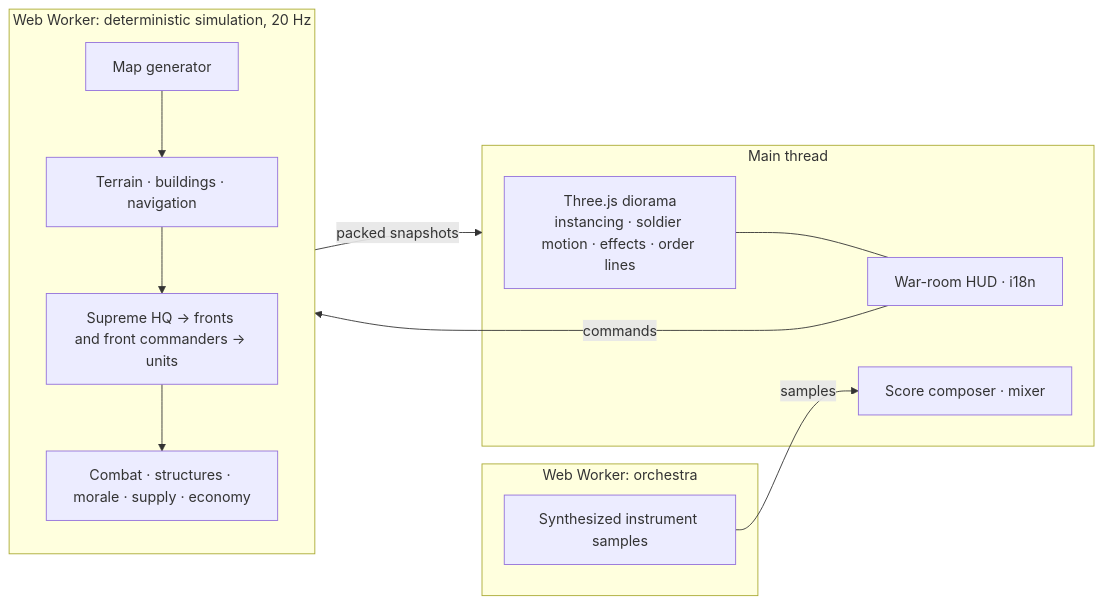
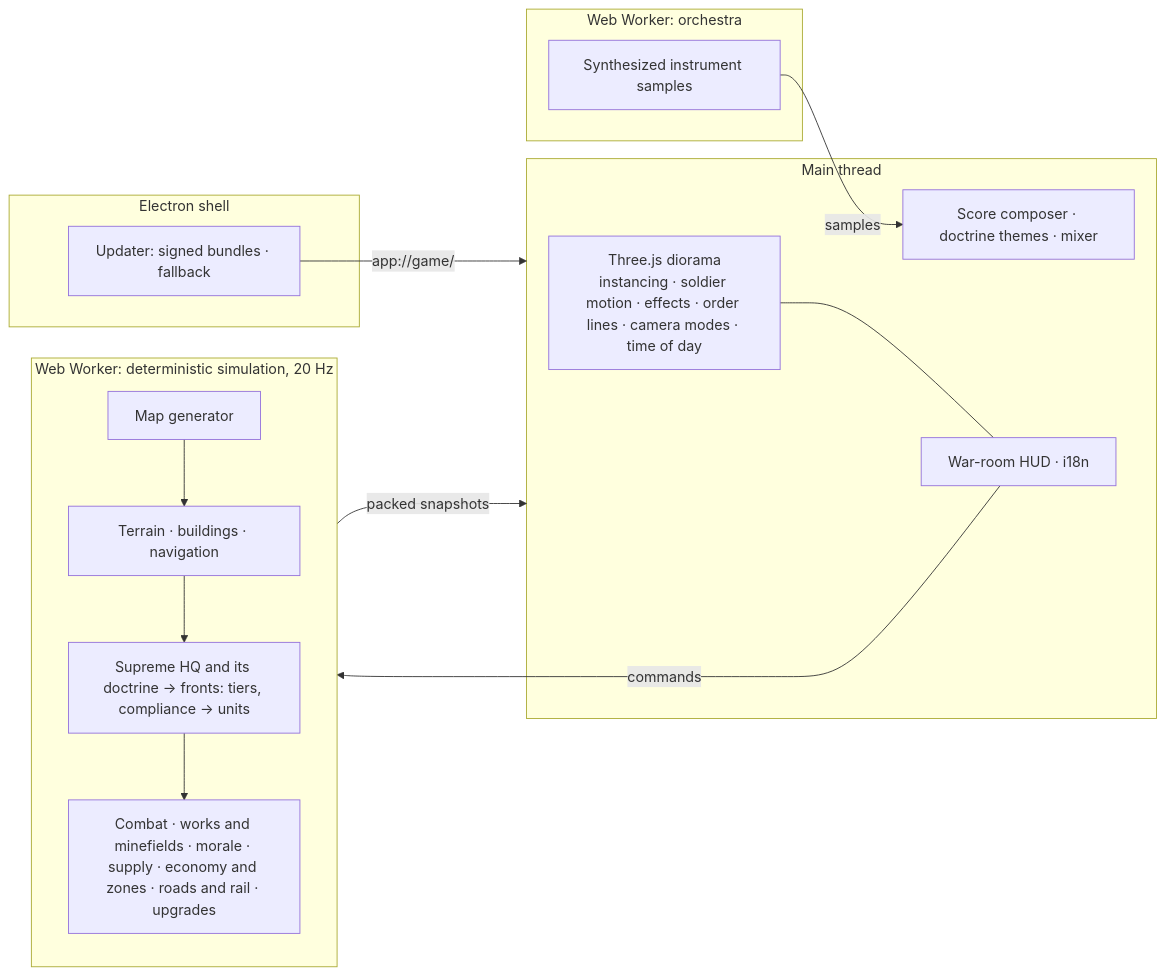
Before and after one commit to Zwl20085/LittleWarGame: the second of 2 diagrams in README.md, drawn with Mermaid. The commit also changed other lines of this file, not shown here.

````diff
--- a/README.md
+++ b/README.md
@@ -275,18 +354,22 @@
 ```mermaid
 flowchart LR
   subgraph Worker[Web Worker: deterministic simulation, 20 Hz]
     MG[Map generator] --> T[Terrain · buildings · navigation]
-    T --> AI[Supreme HQ → fronts and front commanders → units]
-    AI --> CB[Combat · structures · morale · supply · economy]
+    T --> AI[Supreme HQ and its doctrine → fronts: tiers, compliance → units]
+    AI --> CB[Combat · works and minefields · morale · supply · economy and zones · roads and rail · upgrades]
   end
   Worker -- packed snapshots --> Main
   subgraph Main[Main thread]
-    R[Three.js diorama<br/>instancing · soldier motion · effects · order lines] --- UI[War-room HUD · i18n]
-    AU[Score composer · mixer]
+    R[Three.js diorama<br/>instancing · soldier motion · effects · order lines · camera modes · time of day] --- UI[War-room HUD · i18n]
+    AU[Score composer · doctrine themes · mixer]
   end
   subgraph Orch[Web Worker: orchestra]
     OR[Synthesized instrument samples]
   end
+  subgraph Shell[Electron shell]
+    UP[Updater: signed bundles · fallback]
+  end
   OR -- samples --> AU
   UI -- commands --> Worker
+  UP -- app://game/ --> Main
 ```
````
